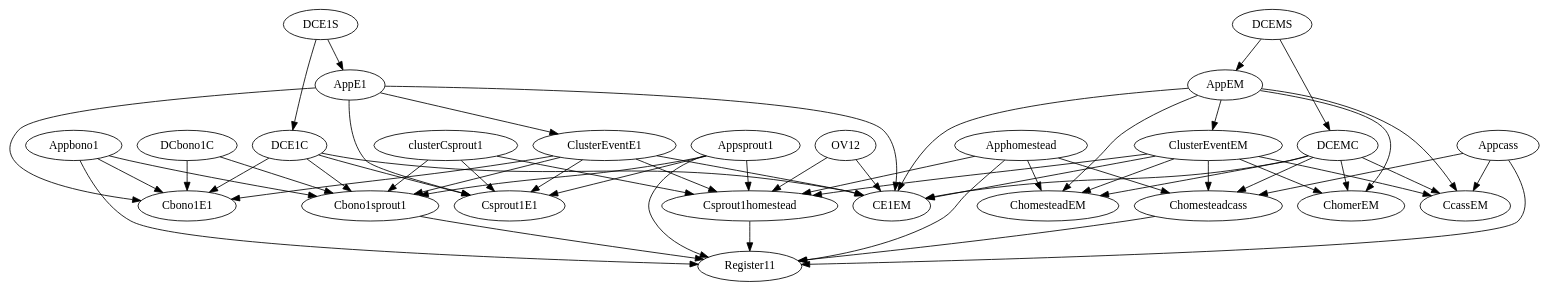
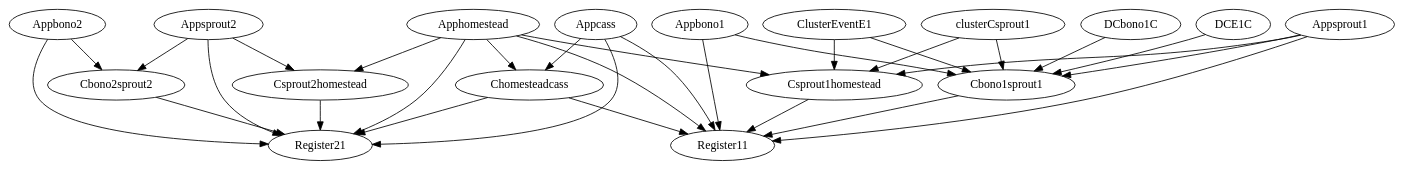
Before and after one commit to cherrared/FaultGraphExplorer: the diagram in test.dot, drawn with Graphviz. The commit also changed 6 other files, not shown here.

```diff
--- a/test.dot
+++ b/test.dot
@@ -1,135 +1,84 @@
 strict digraph "" {
-	CcassEM	 [SF=0,
+	Appbono2	 [SF=0,
 		T=1,
 		n=2];
+	Register21	 [SF=0,
+		T=1,
+		n=3];
+	Appbono2 -> Register21	 [at=1];
+	Cbono2sprout2	 [SF=0,
+		T=1,
+		n=2];
+	Appbono2 -> Cbono2sprout2	 [at=1];
 	Appbono1	 [SF=0,
 		T=1,
 		n=2];
 	Register11	 [SF=0,
 		T=1,
 		n=3];
 	Appbono1 -> Register11	 [at=1];
 	Cbono1sprout1	 [SF=0,
 		T=1,
 		n=2];
 	Appbono1 -> Cbono1sprout1	 [at=1];
-	Cbono1E1	 [SF=0,
+	Apphomestead	 [SF=0,
 		T=1,
 		n=2];
-	Appbono1 -> Cbono1E1	 [at=1];
-	DCEMS	 [SF=1,
-		T=1,
-		n=1];
-	DCEMC	 [SF=1,
-		T=1,
-		n=1];
-	DCEMS -> DCEMC	 [at=2];
-	AppEM	 [SF=0,
+	Apphomestead -> Register21	 [at=1];
+	Chomesteadcass	 [SF=0,
 		T=1,
 		n=2];
-	DCEMS -> AppEM	 [at=2];
-	Csprout1E1	 [SF=0,
+	Apphomestead -> Chomesteadcass	 [at=1];
+	Csprout2homestead	 [SF=0,
 		T=1,
 		n=2];
-	AppE1	 [SF=0,
+	Apphomestead -> Csprout2homestead	 [at=1];
+	Apphomestead -> Register11	 [at=1];
+	Csprout1homestead	 [SF=0,
 		T=1,
 		n=2];
-	AppE1 -> Csprout1E1	 [at=1];
-	CE1EM	 [SF=0,
+	Apphomestead -> Csprout1homestead	 [at=1];
+	Appsprout1	 [SF=0,
 		T=1,
 		n=2];
-	AppE1 -> CE1EM	 [at=1];
+	Appsprout1 -> Register11	 [at=1];
+	Appsprout1 -> Cbono1sprout1	 [at=1];
+	Appsprout1 -> Csprout1homestead	 [at=1];
+	Chomesteadcass -> Register21	 [at=1];
+	Chomesteadcass -> Register11	 [at=1];
+	Appcass	 [SF=0,
+		T=1,
+		n=2];
+	Appcass -> Register21	 [at=1];
+	Appcass -> Chomesteadcass	 [at=1];
+	Appcass -> Register11	 [at=1];
 	ClusterEventE1	 [SF=0,
 		T=0,
 		n=2];
-	AppE1 -> ClusterEventE1	 [at=0];
-	AppE1 -> Cbono1E1	 [at=1];
-	ClusterEventEM	 [SF=0,
-		T=0,
-		n=2];
-	ClusterEventEM -> CcassEM	 [at=1];
-	ClusterEventEM -> CE1EM	 [at=1];
-	Csprout1homestead	 [SF=0,
-		T=1,
-		n=2];
-	ClusterEventEM -> Csprout1homestead	 [at=1];
-	ChomesteadEM	 [SF=0,
-		T=1,
-		n=2];
-	ClusterEventEM -> ChomesteadEM	 [at=1];
-	Chomesteadcass	 [SF=0,
-		T=1,
-		n=2];
-	ClusterEventEM -> Chomesteadcass	 [at=1];
-	ChomerEM	 [SF=0,
-		T=1,
-		n=2];
-	ClusterEventEM -> ChomerEM	 [at=1];
+	ClusterEventE1 -> Cbono1sprout1	 [at=1];
+	ClusterEventE1 -> Csprout1homestead	 [at=1];
+	Csprout2homestead -> Register21	 [at=1];
 	clusterCsprout1	 [SF=0,
 		T=0,
 		at=0,
 		n=2];
-	clusterCsprout1 -> Csprout1E1	 [at=1];
+	clusterCsprout1 -> Cbono1sprout1	 [at=1];
 	clusterCsprout1 -> Csprout1homestead	 [at=1];
-	clusterCsprout1 -> Cbono1sprout1	 [at=1];
 	DCbono1C	 [SF=1,
 		T=1,
 		n=1];
 	DCbono1C -> Cbono1sprout1	 [at=1];
-	DCbono1C -> Cbono1E1	 [at=1];
-	DCEMC -> CcassEM	 [at=1];
-	DCEMC -> CE1EM	 [at=1];
-	DCEMC -> ChomesteadEM	 [at=1];
-	DCEMC -> Chomesteadcass	 [at=1];
-	DCEMC -> ChomerEM	 [at=1];
-	Apphomestead	 [SF=0,
-		T=1,
-		n=2];
-	Apphomestead -> Register11	 [at=1];
-	Apphomestead -> Csprout1homestead	 [at=1];
-	Apphomestead -> ChomesteadEM	 [at=1];
-	Apphomestead -> Chomesteadcass	 [at=1];
-	Appsprout1	 [SF=0,
-		T=1,
-		n=2];
-	Appsprout1 -> Csprout1E1	 [at=1];
-	Appsprout1 -> Register11	 [at=1];
-	Appsprout1 -> Csprout1homestead	 [at=1];
-	Appsprout1 -> Cbono1sprout1	 [at=1];
-	Appcass	 [SF=0,
-		T=1,
-		n=2];
-	Appcass -> CcassEM	 [at=1];
-	Appcass -> Register11	 [at=1];
-	Appcass -> Chomesteadcass	 [at=1];
-	OV12	 [SF=0,
-		T=0,
-		n=1];
-	OV12 -> CE1EM	 [at=1];
-	OV12 -> Csprout1homestead	 [at=1];
+	Cbono1sprout1 -> Register11	 [at=1];
 	Csprout1homestead -> Register11	 [at=1];
-	DCE1S	 [SF=1,
-		T=1,
-		n=1];
-	DCE1S -> AppE1	 [at=2];
+	Cbono2sprout2 -> Register21	 [at=1];
 	DCE1C	 [SF=1,
 		T=1,
 		n=1];
-	DCE1S -> DCE1C	 [at=2];
-	DCE1C -> Csprout1E1	 [at=1];
-	DCE1C -> CE1EM	 [at=1];
 	DCE1C -> Cbono1sprout1	 [at=1];
-	DCE1C -> Cbono1E1	 [at=1];
-	Chomesteadcass -> Register11	 [at=1];
-	ClusterEventE1 -> Csprout1E1	 [at=1];
-	ClusterEventE1 -> CE1EM	 [at=1];
-	ClusterEventE1 -> Csprout1homestead	 [at=1];
-	ClusterEventE1 -> Cbono1sprout1	 [at=1];
-	ClusterEventE1 -> Cbono1E1	 [at=1];
-	AppEM -> CcassEM	 [at=1];
-	AppEM -> ClusterEventEM	 [at=0];
-	AppEM -> CE1EM	 [at=1];
-	AppEM -> ChomesteadEM	 [at=1];
-	AppEM -> ChomerEM	 [at=1];
-	Cbono1sprout1 -> Register11	 [at=1];
+	Appsprout2	 [SF=0,
+		T=1,
+		n=2];
+	Appsprout2 -> Register21	 [at=1];
+	Appsprout2 -> Csprout2homestead	 [at=1];
+	Appsprout2 -> Cbono2sprout2	 [at=1];
 }
```
